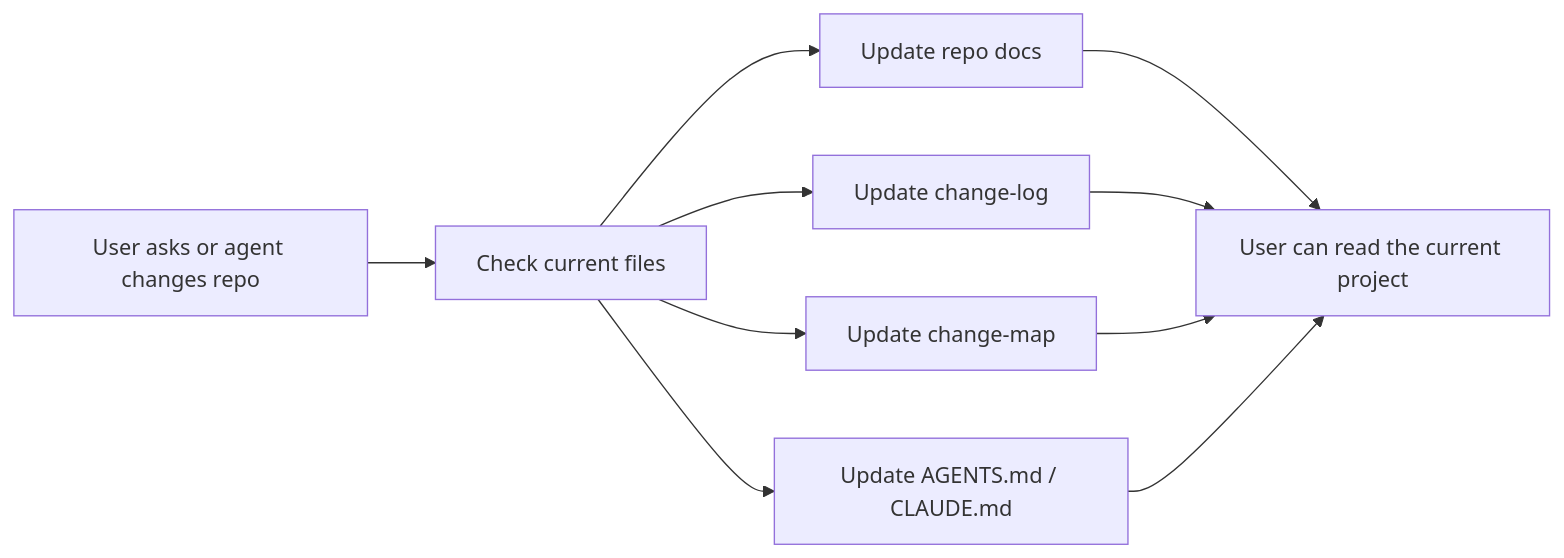
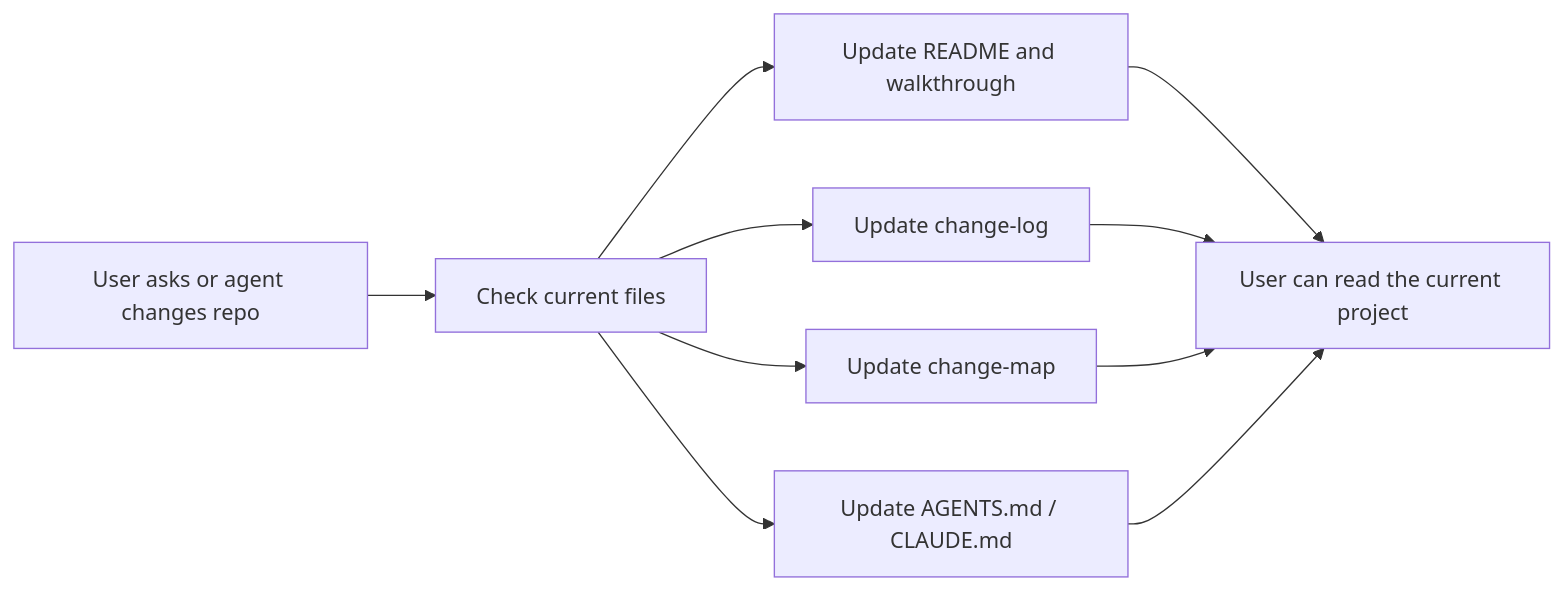
One commit to YurunChen/repo-docs-skills changed the diagram in README.md. Above: the diagram before and after it, drawn with Mermaid. The commit also changed other lines of this file and 1 other file, not shown here.

Commit message:
Update README for walkthrough-first repo docs

````diff
--- a/README.md
+++ b/README.md
@@ -75,12 +79,12 @@
 ```mermaid
 flowchart LR
   A["User asks or agent changes repo"] --> B["Check current files"]
-  B --> C["Update repo docs"]
+  B --> C["Update README and walkthrough"]
   B --> D["Update change-log"]
   B --> E["Update change-map"]
   B --> F["Update AGENTS.md / CLAUDE.md"]
   C --> G["User can read the current project"]
   D --> G
   E --> G
   F --> G
 ```
````
